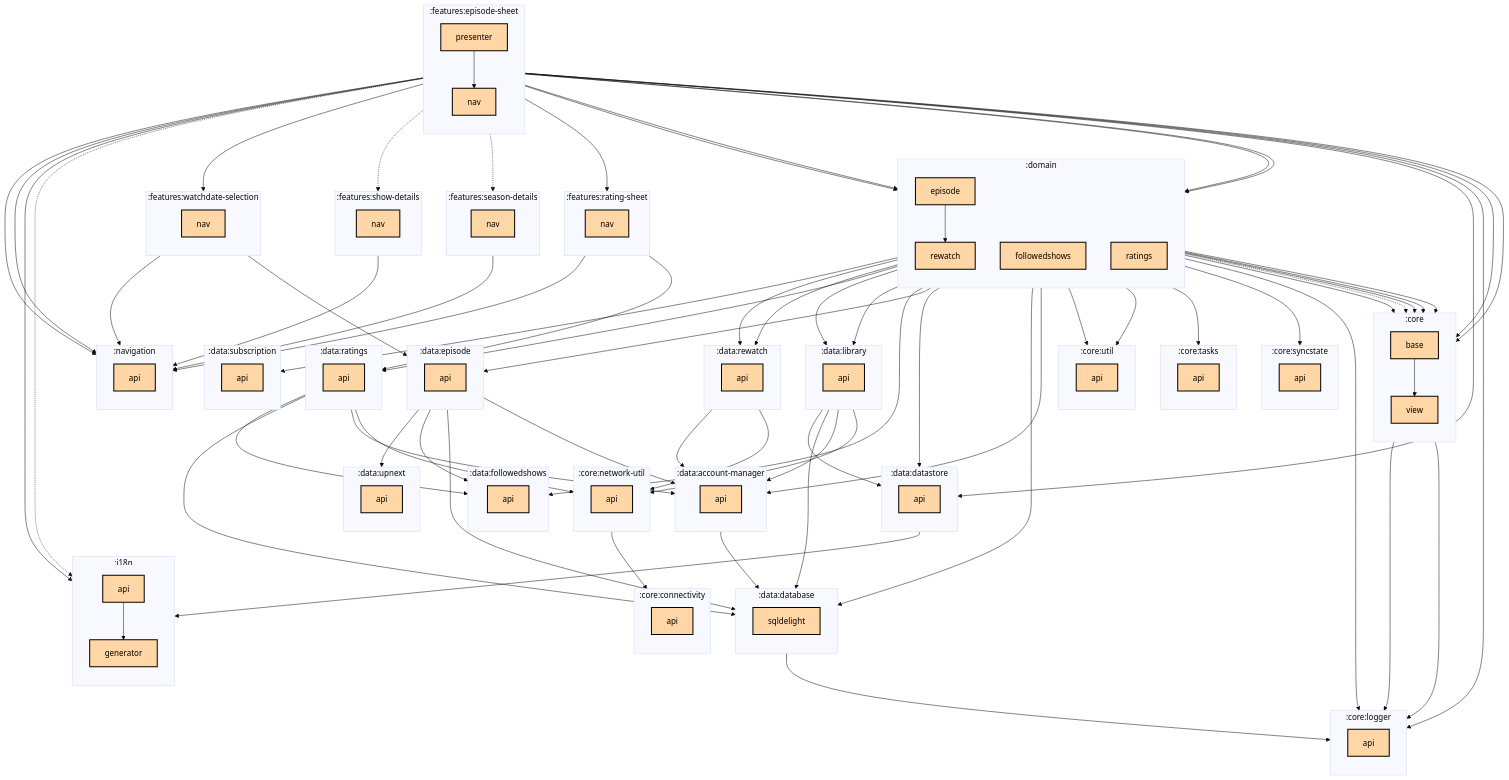
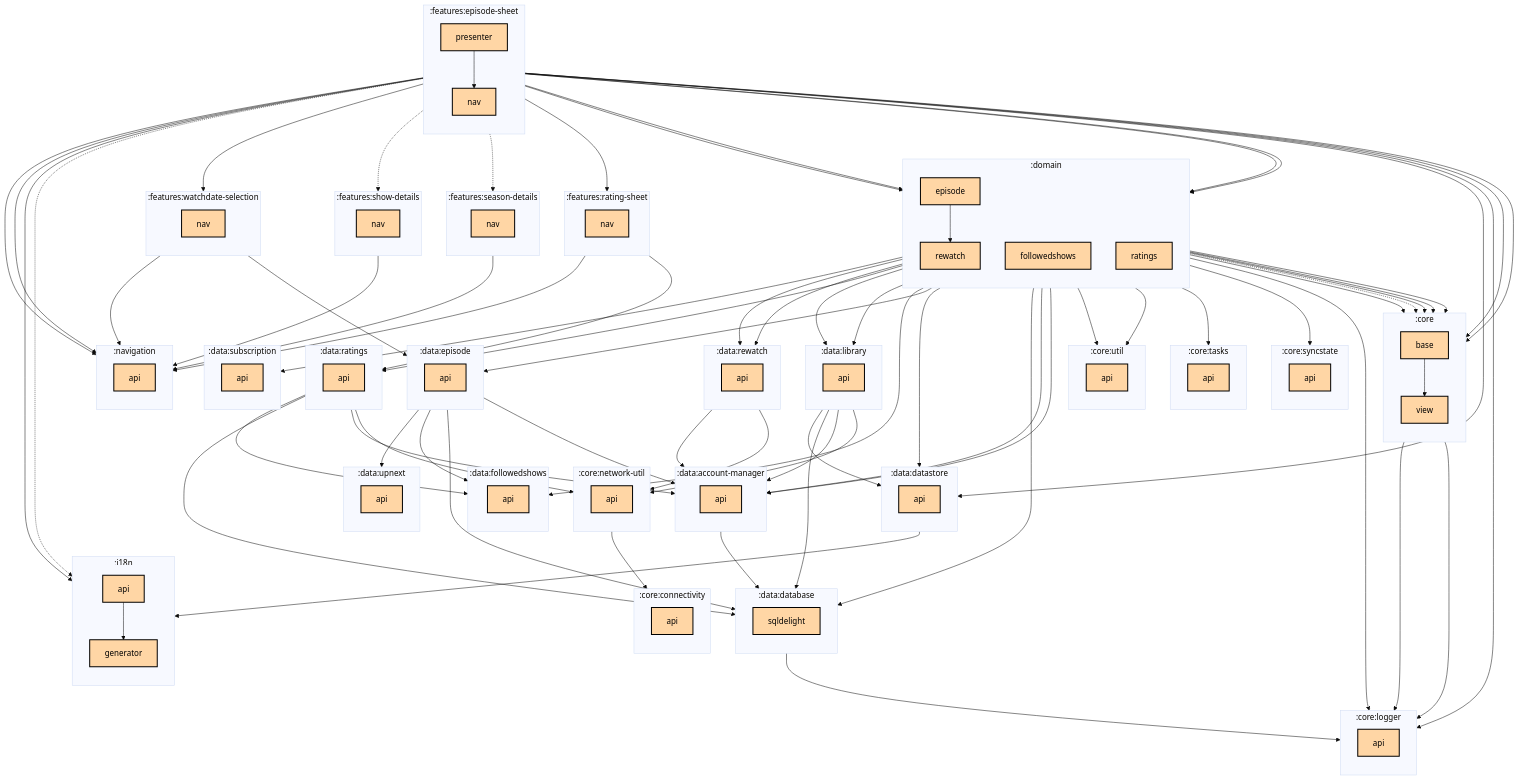
One commit to thomaskioko/tv-maniac changed the first of 2 diagrams in features/episode-sheet/presenter/README.md. Above: the diagram before and after it, drawn with Mermaid (base theme). The commit also changed 31 other files, not shown here.

Commit message:
Update graph dependencies

```diff
--- a/features/episode-sheet/presenter/README.md
+++ b/features/episode-sheet/presenter/README.md
@@ -154,6 +154,7 @@
   :domain:ratings --> :data:subscription:api
   :domain:rewatch --> :core:base
   :domain:rewatch --> :core:util:api
+  :domain:rewatch --> :data:account-manager:api
   :domain:rewatch --> :data:rewatch:api
   :features:episode-sheet:nav --> :navigation:api
   :features:episode-sheet:presenter --> :core:base
```
